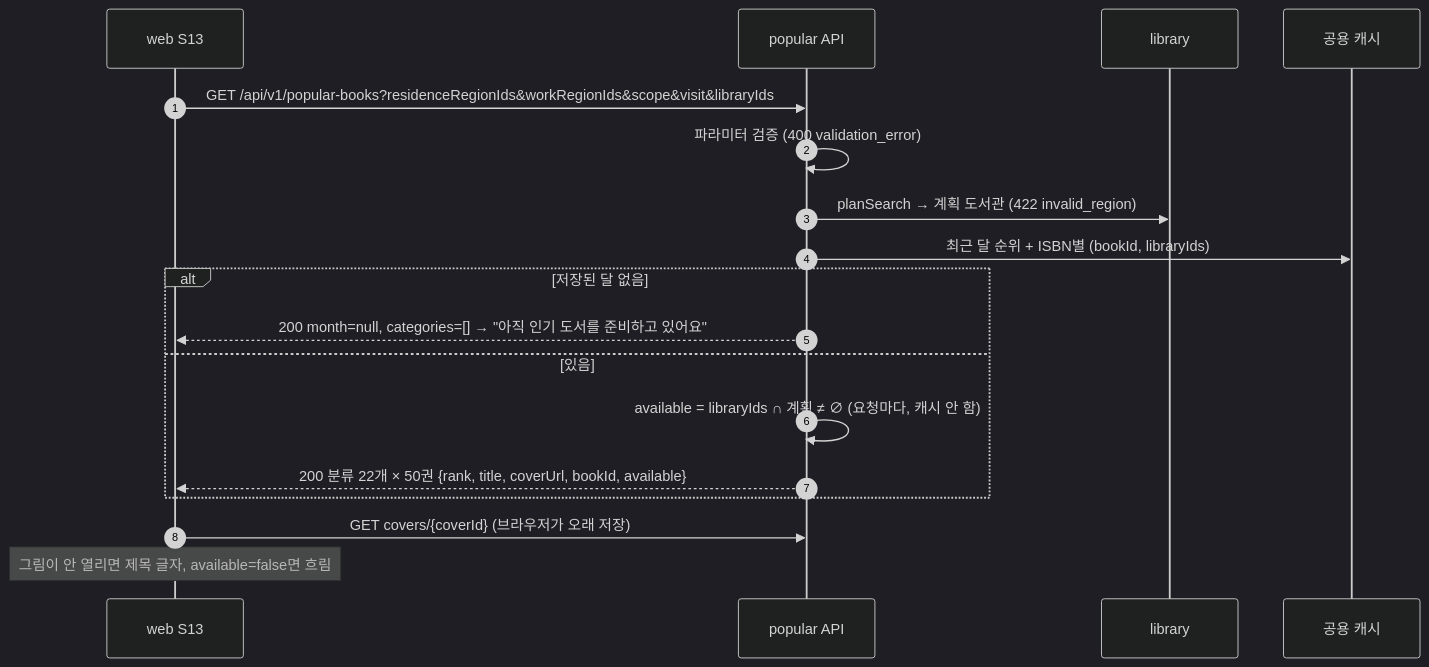
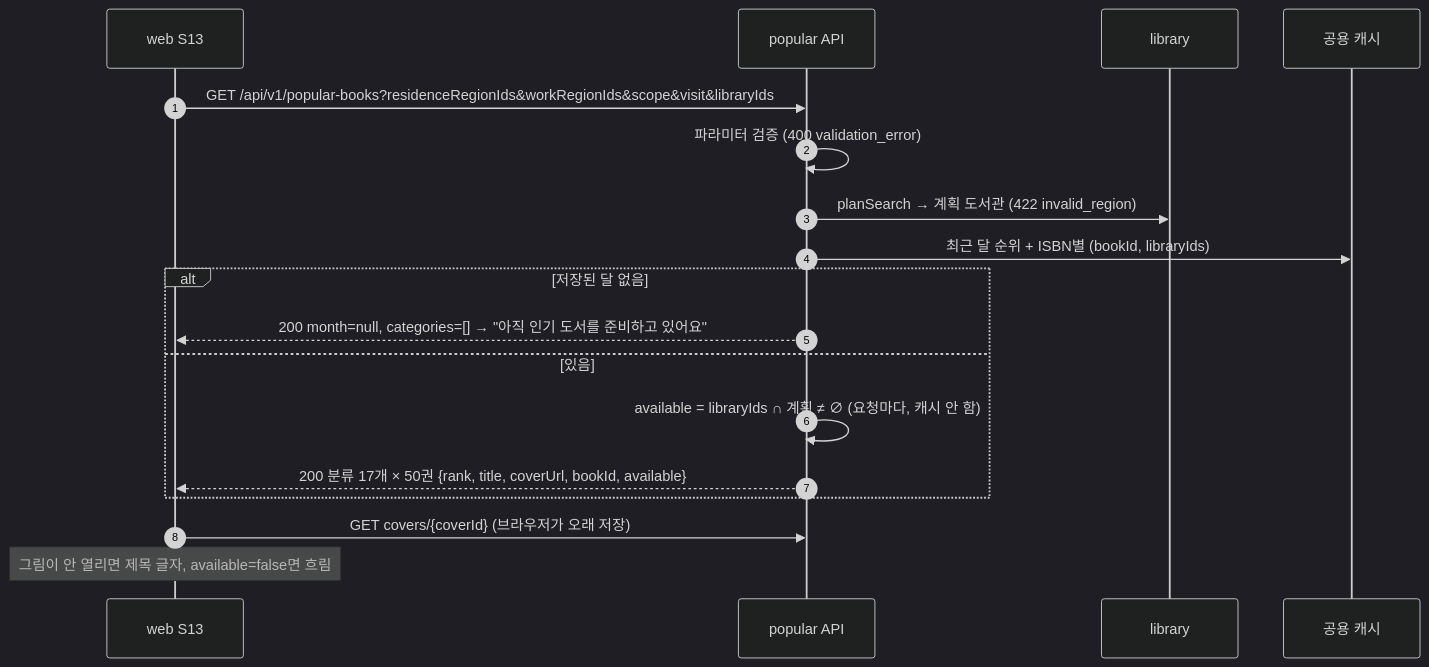
The third of 7 diagrams in docs/cycles/10-popular-books/design-delta.md (hodu-sketch/chaekcheck-plan), drawn with Mermaid (dark theme) before and after one commit. The commit also changed other lines of this file and 8 other files, not shown here.

````diff
--- a/docs/cycles/10-popular-books/design-delta.md
+++ b/docs/cycles/10-popular-books/design-delta.md
@@ -76,20 +78,20 @@
 ```mermaid
 sequenceDiagram
   autonumber
   participant W as web S13
   participant P as popular API
   participant L as library
   participant C as 공용 캐시
   W->>P: GET /api/v1/popular-books?residenceRegionIds&workRegionIds&scope&visit&libraryIds
   P->>P: 파라미터 검증 (400 validation_error)
   P->>L: planSearch → 계획 도서관 (422 invalid_region)
   P->>C: 최근 달 순위 + ISBN별 (bookId, libraryIds)
   alt 저장된 달 없음
     P-->>W: 200 month=null, categories=[] → "아직 인기 도서를 준비하고 있어요"
   else 있음
     P->>P: available = libraryIds ∩ 계획 ≠ ∅ (요청마다, 캐시 안 함)
-    P-->>W: 200 분류 22개 × 50권 {rank, title, coverUrl, bookId, available}
+    P-->>W: 200 분류 17개 × 50권 {rank, title, coverUrl, bookId, available}
   end
   W->>P: GET covers/{coverId} (브라우저가 오래 저장)
   Note over W: 그림이 안 열리면 제목 글자, available=false면 흐림
 ```
````
